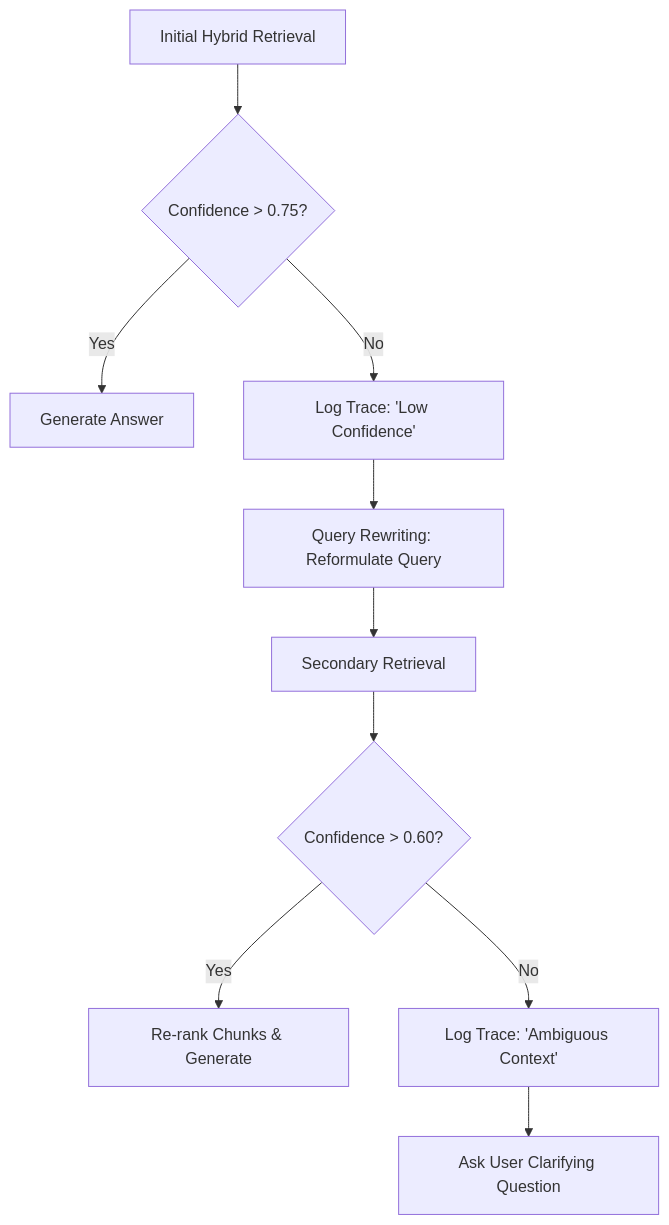
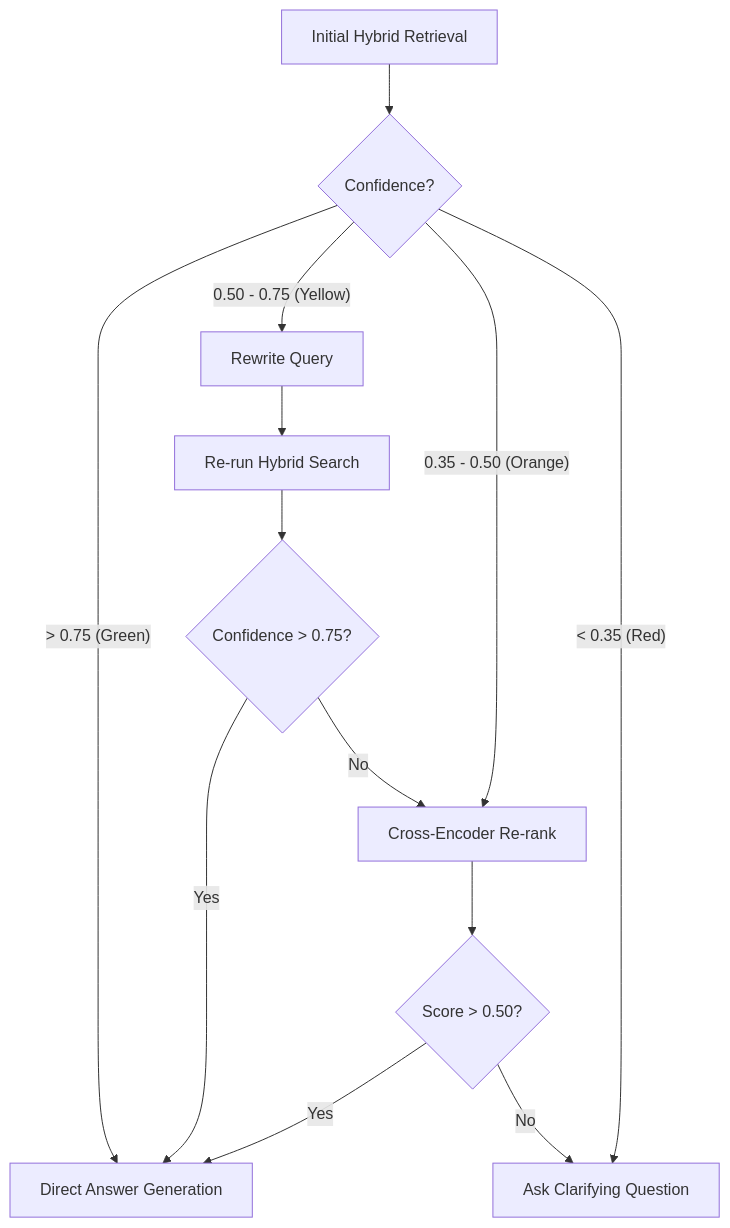
The diagram in Docs/AppFlow.md (vaibhv19/Phoenix), drawn with Mermaid before and after one commit. The commit also changed other lines of this file, not shown here.

Commit message:
docs: update AppFlow.md to use the standardized 4-tier confidence model

````diff
--- a/Docs/AppFlow.md
+++ b/Docs/AppFlow.md
@@ -46,12 +46,19 @@
 ```mermaid
 graph TD
-    A[Initial Hybrid Retrieval] --> B{Confidence > 0.75?}
-    B -- Yes --> C[Generate Answer]
-    B -- No --> D[Log Trace: 'Low Confidence']
-    D --> E[Query Rewriting: Reformulate Query]
-    E --> F[Secondary Retrieval]
-    F --> G{Confidence > 0.60?}
-    G -- Yes --> H[Re-rank Chunks & Generate]
-    G -- No --> I[Log Trace: 'Ambiguous Context']
-    I --> J[Ask User Clarifying Question]
+    Start[Initial Hybrid Retrieval] --> C{Confidence?}
+    
+    C -- "> 0.75 (Green)" --> Gen[Direct Answer Generation]
+    
+    C -- "0.50 - 0.75 (Yellow)" --> Rew[Rewrite Query]
+    Rew --> H2[Re-run Hybrid Search]
+    H2 --> C2{Confidence > 0.75?}
+    C2 -- Yes --> Gen
+    C2 -- No --> Rerank
+    
+    C -- "0.35 - 0.50 (Orange)" --> Rerank[Cross-Encoder Re-rank]
+    Rerank --> C3{Score > 0.50?}
+    C3 -- Yes --> Gen
+    C3 -- No --> Clarify
+    
+    C -- "< 0.35 (Red)" --> Clarify[Ask Clarifying Question]
 ```
````
